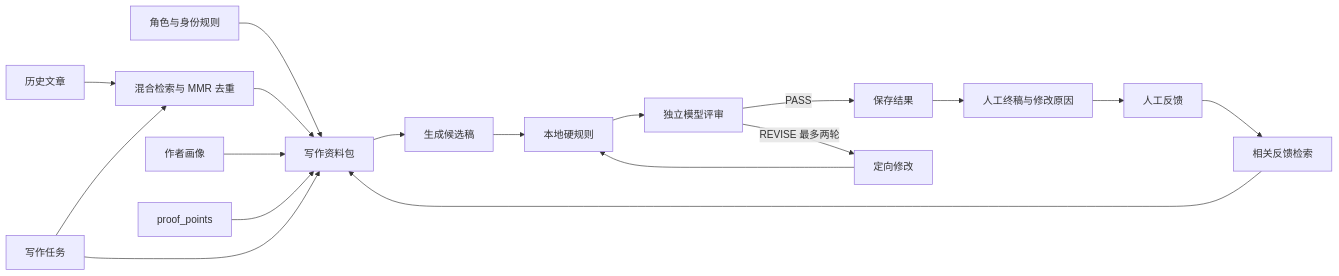
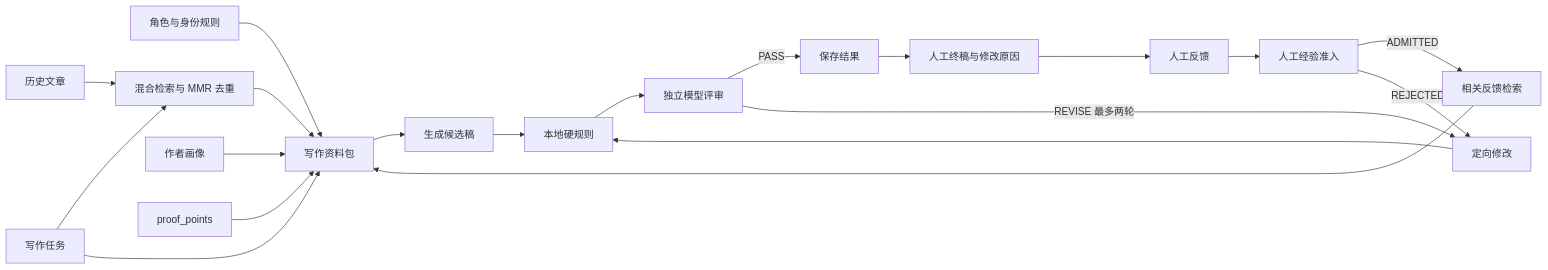
Before and after one commit to Arvinhh7/SocialPostEditor: the diagram in RAG_DESIGN.md, drawn with Mermaid. The commit also changed other lines of this file and 19 other files, not shown here.

````diff
--- a/RAG_DESIGN.md
+++ b/RAG_DESIGN.md
@@ -13,20 +15,22 @@
 ```mermaid
 flowchart LR
     A[角色与身份规则] --> P[写作资料包]
     B[历史文章] --> R[混合检索与 MMR 去重]
     C[作者画像] --> P
     D[写作任务] --> R
     D --> P
     E[proof_points] --> P
-    F[人工反馈] --> FR[相关反馈检索]
+    F[人工反馈] --> FA[人工经验准入]
+    FA -->|ADMITTED| FR[相关反馈检索]
+    FA -->|REJECTED| X[排除]
     R --> P
     FR --> P
     P --> G[生成候选稿]
     G --> L[本地硬规则]
     L --> V[独立模型评审]
     V -->|PASS| O[保存结果]
     V -->|REVISE 最多两轮| X[定向修改]
     X --> L
     O --> H[人工终稿与修改原因]
     H --> F
 ```
````
